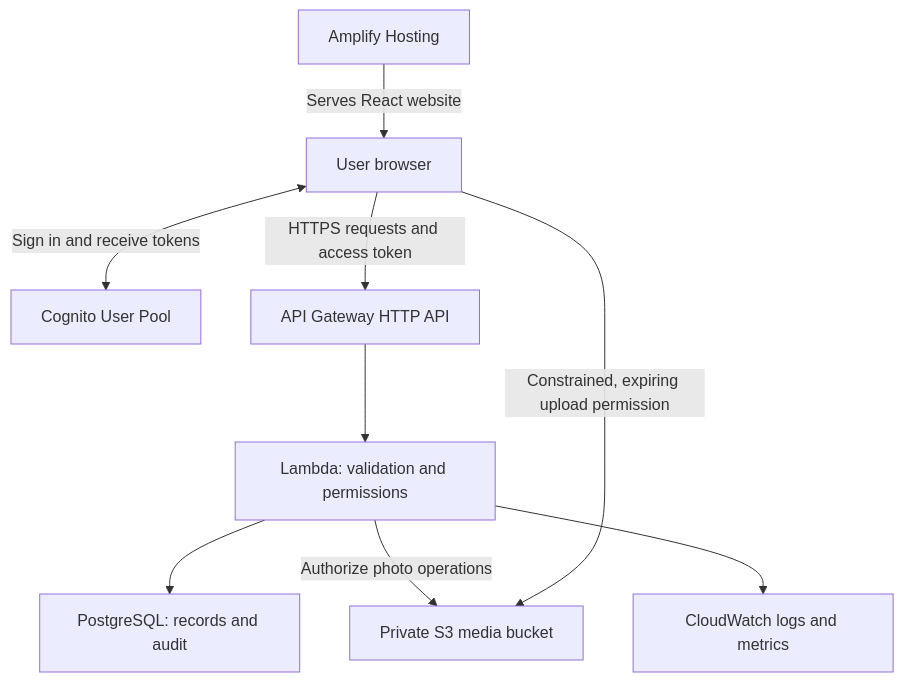
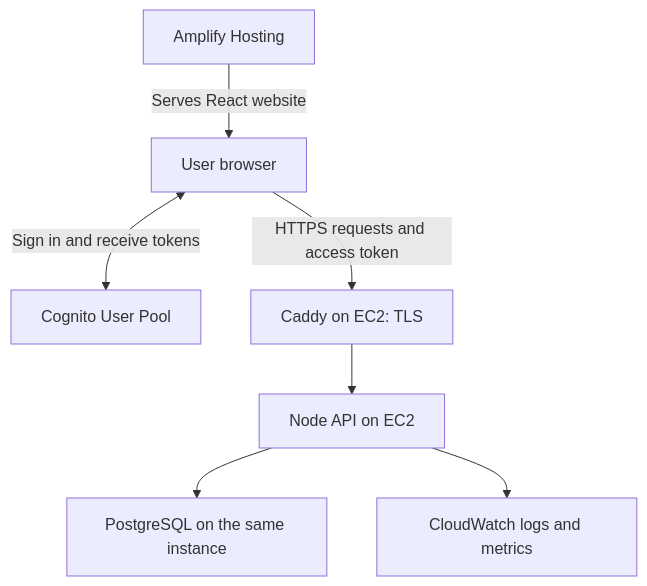
One commit to IvanUrbano/trace changed the diagram in docs/aws-services.md. Above: the diagram before and after it, drawn with Mermaid. The commit also changed other lines of this file and 20 other files, not shown here.

````diff
--- a/docs/aws-services.md
+++ b/docs/aws-services.md
@@ -30,11 +28,9 @@
 ```mermaid
 flowchart TD
     Hosting[Amplify Hosting] -->|Serves React website| Browser[User browser]
     Browser <-->|Sign in and receive tokens| Cognito[Cognito User Pool]
-    Browser -->|HTTPS requests and access token| API[API Gateway HTTP API]
-    API --> Backend[Lambda: validation and permissions]
-    Backend --> DB[PostgreSQL: records and audit]
-    Backend -->|Authorize photo operations| Media[Private S3 media bucket]
-    Browser -->|Constrained, expiring upload permission| Media
-    Backend --> Logs[CloudWatch logs and metrics]
+    Browser -->|HTTPS requests and access token| Caddy[Caddy on EC2: TLS]
+    Caddy --> API[Node API on EC2]
+    API --> DB[PostgreSQL on the same instance]
+    API --> Logs[CloudWatch logs and metrics]
 ```
````
